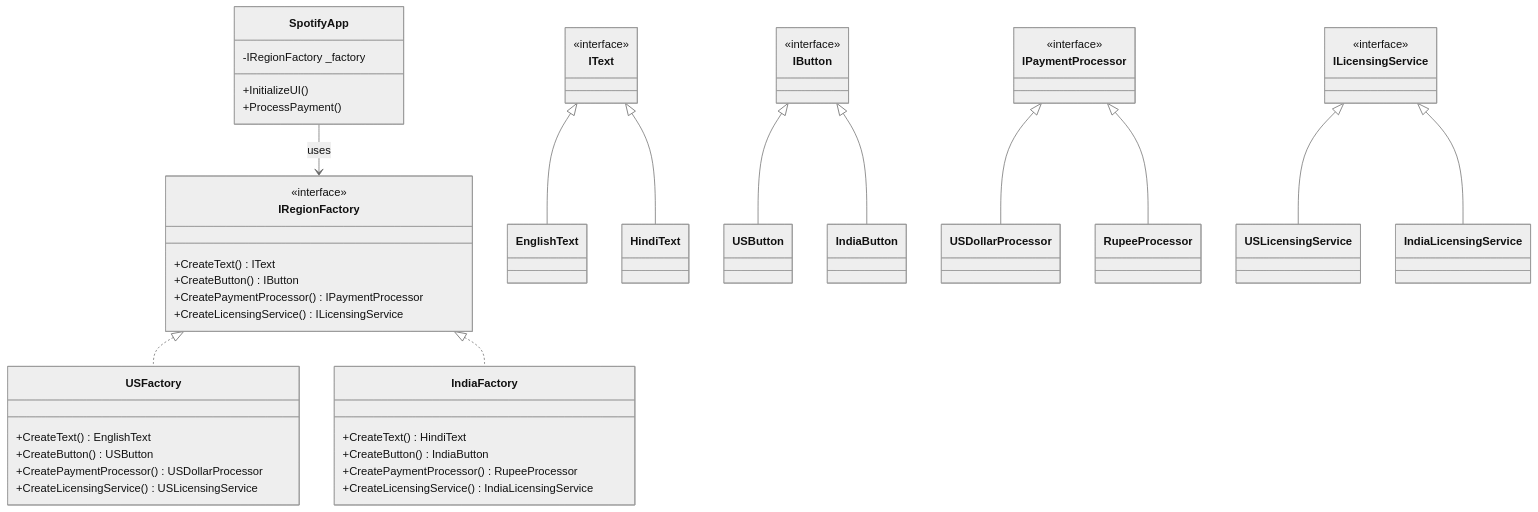
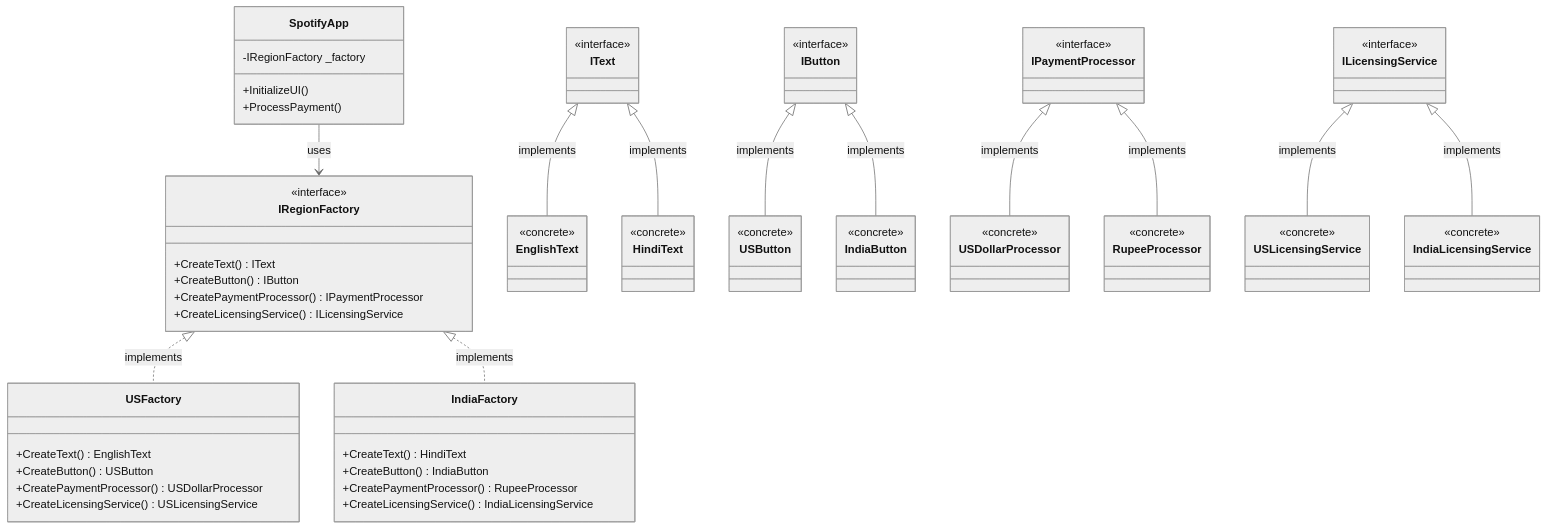
Before and after one commit to Vineet-Sharma-Medium-Stories/Medium-Build-Tool: the third of 5 diagrams in Design Patterns/Design Patterns: Part 2 - Creational Patterns Deep Dive.md, drawn with Mermaid (neutral theme). The commit also changed other lines of this file and 22 other files, not shown here.

````diff
--- a/Design Patterns/Design Patterns: Part 2 - Creational Patterns Deep Dive.md
+++ b/Design Patterns/Design Patterns: Part 2 - Creational Patterns Deep Dive.md
@@ -756,43 +759,75 @@
 ```mermaid
 classDiagram
     class IRegionFactory {
         <<interface>>
         +CreateText() IText
         +CreateButton() IButton
         +CreatePaymentProcessor() IPaymentProcessor
         +CreateLicensingService() ILicensingService
     }
     class USFactory {
         +CreateText() EnglishText
         +CreateButton() USButton
         +CreatePaymentProcessor() USDollarProcessor
         +CreateLicensingService() USLicensingService
     }
     class IndiaFactory {
         +CreateText() HindiText
         +CreateButton() IndiaButton
         +CreatePaymentProcessor() RupeeProcessor
         +CreateLicensingService() IndiaLicensingService
     }
-    class IText { <<interface>> }
-    class IButton { <<interface>> }
-    class IPaymentProcessor { <<interface>> }
-    class ILicensingService { <<interface>> }
+    class IText {
+        <<interface>>
+    }
+    class IButton {
+        <<interface>>
+    }
+    class IPaymentProcessor {
+        <<interface>>
+    }
+    class ILicensingService {
+        <<interface>>
+    }
+    class EnglishText {
+        <<concrete>>
+    }
+    class HindiText {
+        <<concrete>>
+    }
+    class USButton {
+        <<concrete>>
+    }
+    class IndiaButton {
+        <<concrete>>
+    }
+    class USDollarProcessor {
+        <<concrete>>
+    }
+    class RupeeProcessor {
+        <<concrete>>
+    }
+    class USLicensingService {
+        <<concrete>>
+    }
+    class IndiaLicensingService {
+        <<concrete>>
+    }
     class SpotifyApp {
         -IRegionFactory _factory
         +InitializeUI()
         +ProcessPayment()
     }
     
-    IRegionFactory <|.. USFactory
-    IRegionFactory <|.. IndiaFactory
-    IText <|-- EnglishText
-    IText <|-- HindiText
-    IButton <|-- USButton
-    IButton <|-- IndiaButton
-    IPaymentProcessor <|-- USDollarProcessor
-    IPaymentProcessor <|-- RupeeProcessor
-    ILicensingService <|-- USLicensingService
-    ILicensingService <|-- IndiaLicensingService
+    IRegionFactory <|.. USFactory : implements
+    IRegionFactory <|.. IndiaFactory : implements
+    IText <|-- EnglishText : implements
+    IText <|-- HindiText : implements
+    IButton <|-- USButton : implements
+    IButton <|-- IndiaButton : implements
+    IPaymentProcessor <|-- USDollarProcessor : implements
+    IPaymentProcessor <|-- RupeeProcessor : implements
+    ILicensingService <|-- USLicensingService : implements
+    ILicensingService <|-- IndiaLicensingService : implements
     SpotifyApp --> IRegionFactory : uses
 ```
````
